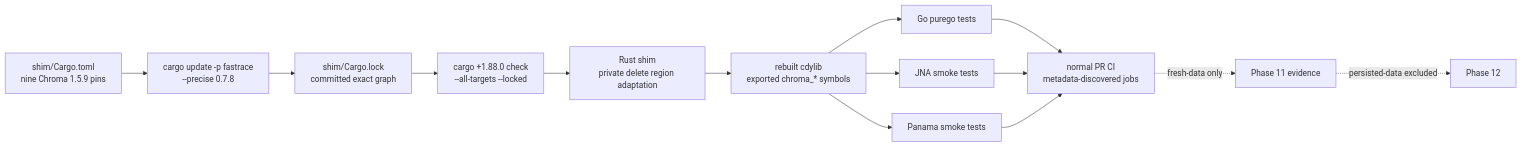
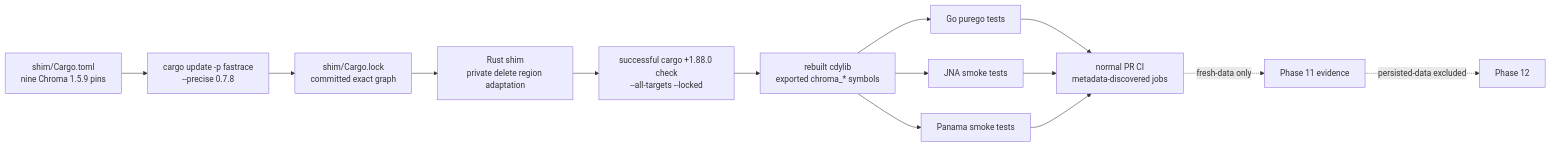
Before and after one commit to amikos-tech/chroma-go-local: the diagram in .planning/phases/11-migrate-rust-shim-from-chroma-1-5-5-to-1-5-9/11-RESEARCH.md, drawn with Mermaid. The commit also changed other lines of this file and 3 other files, not shown here.

````diff
--- a/.planning/phases/11-migrate-rust-shim-from-chroma-1-5-5-to-1-5-9/11-RESEARCH.md
+++ b/.planning/phases/11-migrate-rust-shim-from-chroma-1-5-5-to-1-5-9/11-RESEARCH.md
@@ -119,16 +119,16 @@
 ```mermaid
 flowchart LR
   M[shim/Cargo.toml\nnine Chroma 1.5.9 pins] --> U[cargo update -p fastrace\n--precise 0.7.8]
   U --> L[shim/Cargo.lock\ncommitted exact graph]
-  L --> C[cargo +1.88.0 check\n--all-targets --locked]
-  C --> R[Rust shim\nprivate delete region adaptation]
-  R --> N[rebuilt cdylib\nexported chroma_* symbols]
+  L --> R[Rust shim\nprivate delete region adaptation]
+  R --> C[successful cargo +1.88.0 check\n--all-targets --locked]
+  C --> N[rebuilt cdylib\nexported chroma_* symbols]
   N --> G[Go purego tests]
   N --> J[JNA smoke tests]
   N --> P[Panama smoke tests]
   G --> CI[normal PR CI\nmetadata-discovered jobs]
   J --> CI
   P --> CI
   CI -. fresh-data only .-> F[Phase 11 evidence]
   F -. persisted-data excluded .-> X[Phase 12]
 ```
````
